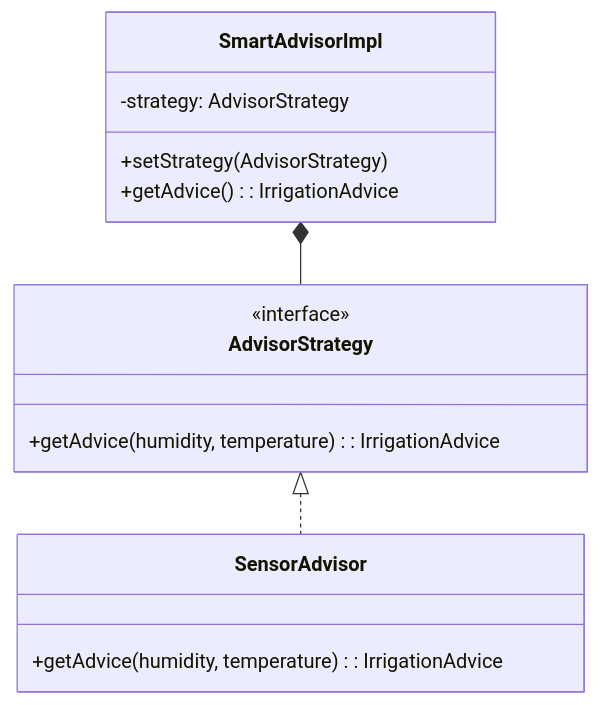
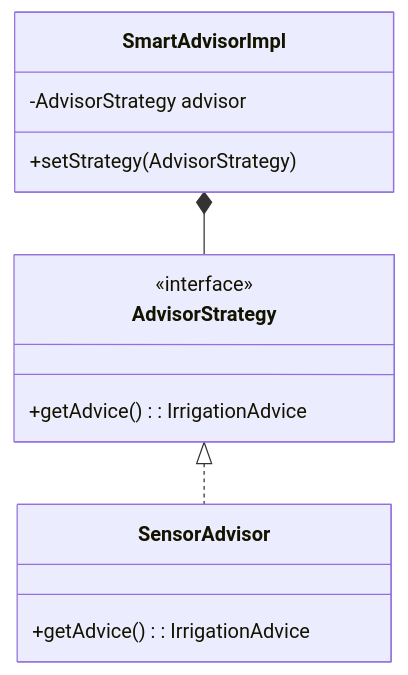
The fifth of 6 diagrams in README.md (filippo16/pss-23-24-SystemGarden-Lutterotti), drawn with Mermaid before and after one commit.

````diff
--- a/README.md
+++ b/README.md
@@ -308,20 +308,19 @@
 ```mermaid
 classDiagram
     class AdvisorStrategy {
         <<interface>>
-        +getAdvice( humidity, temperature ): IrrigationAdvice
+        +getAdvice(): IrrigationAdvice
     }
 
     class SensorAdvisor {
-        +getAdvice( humidity, temperature ): IrrigationAdvice
+        +getAdvice(): IrrigationAdvice
     }
 
     class SmartAdvisorImpl {
-        -strategy: AdvisorStrategy
+        -AdvisorStrategy advisor
         +setStrategy( AdvisorStrategy )
-        +getAdvice(): IrrigationAdvice
     }
 
     AdvisorStrategy <|.. SensorAdvisor
     SmartAdvisorImpl *-- AdvisorStrategy
 ```
````
